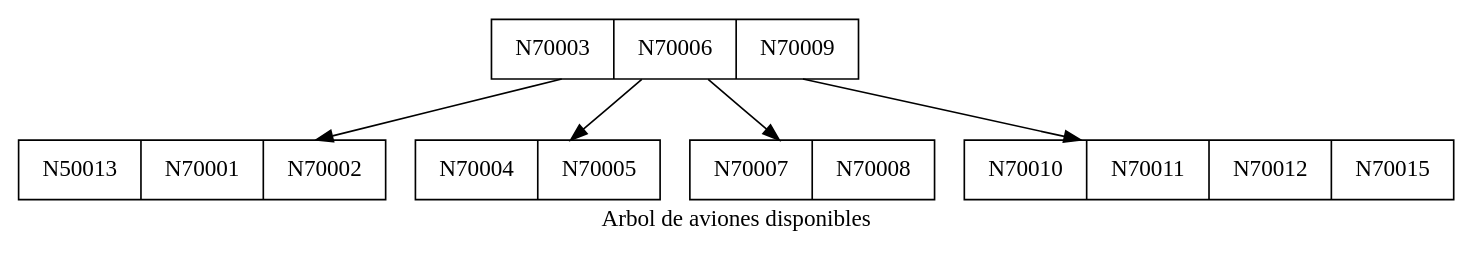
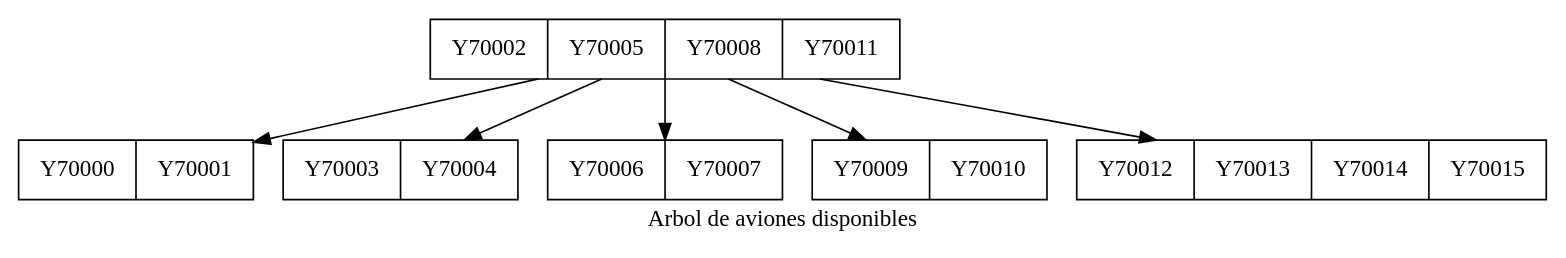
Before and after one commit to MarvinCastellanos/201700490_EDD_Proyecto: the diagram in dot/avionesDisponibles.dot, drawn with Graphviz. The commit also changed 17 other files, not shown here.

```diff
--- a/dot/avionesDisponibles.dot
+++ b/dot/avionesDisponibles.dot
@@ -1,13 +1,15 @@
 digraph G {
   label="Arbol de aviones disponibles";
   node [shape=record];
-    node0 [label="N70003|N70006|N70009"];
+    node0 [label="Y70002|Y70005|Y70008|Y70011"];
     node0 -> node1;
-    node1 [label="N50013|N70001|N70002"];
+    node1 [label="Y70000|Y70001"];
     node0 -> node2;
-    node2 [label="N70004|N70005"];
+    node2 [label="Y70003|Y70004"];
     node0 -> node3;
-    node3 [label="N70007|N70008"];
+    node3 [label="Y70006|Y70007"];
     node0 -> node4;
-    node4 [label="N70010|N70011|N70012|N70015"];
+    node4 [label="Y70009|Y70010"];
+    node0 -> node5;
+    node5 [label="Y70012|Y70013|Y70014|Y70015"];
 }
```
